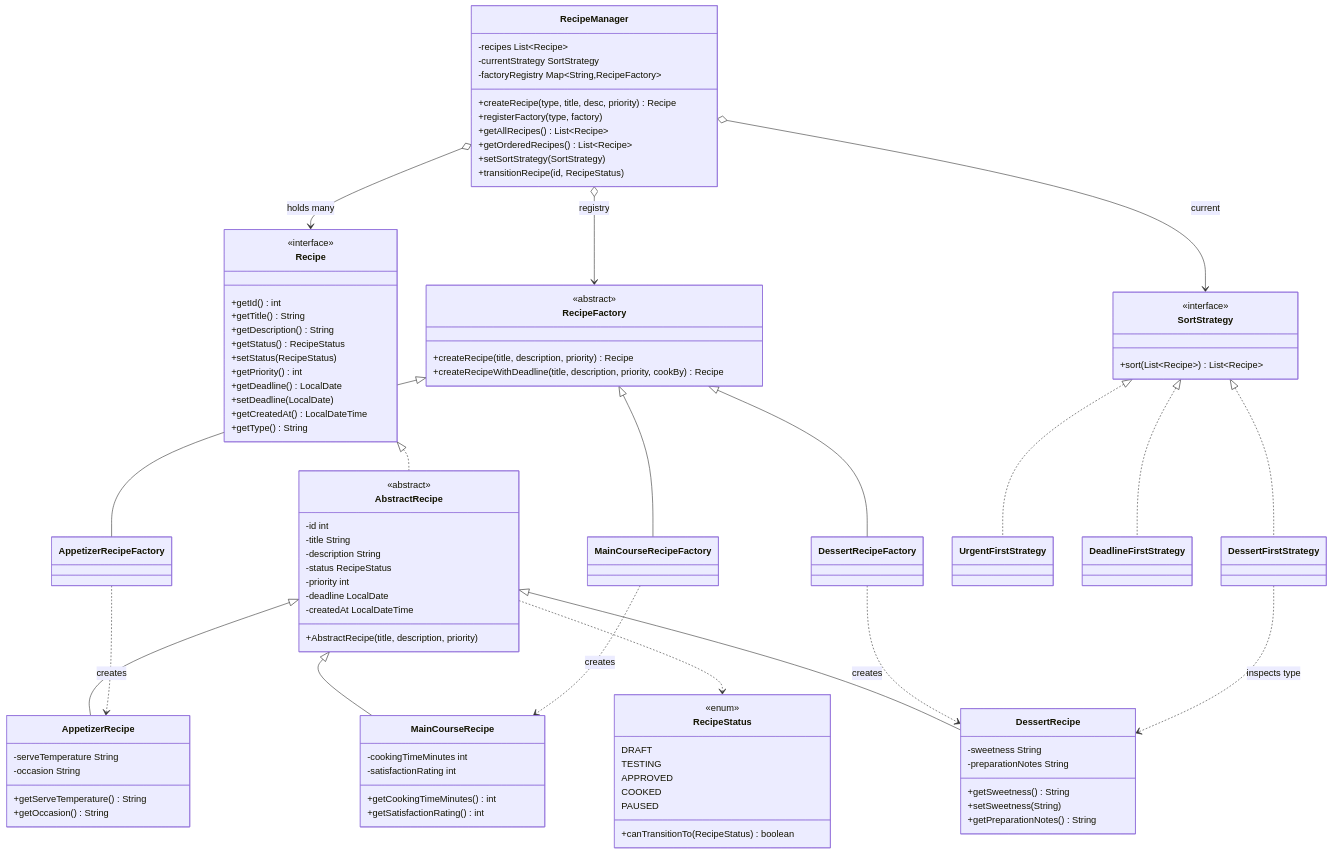
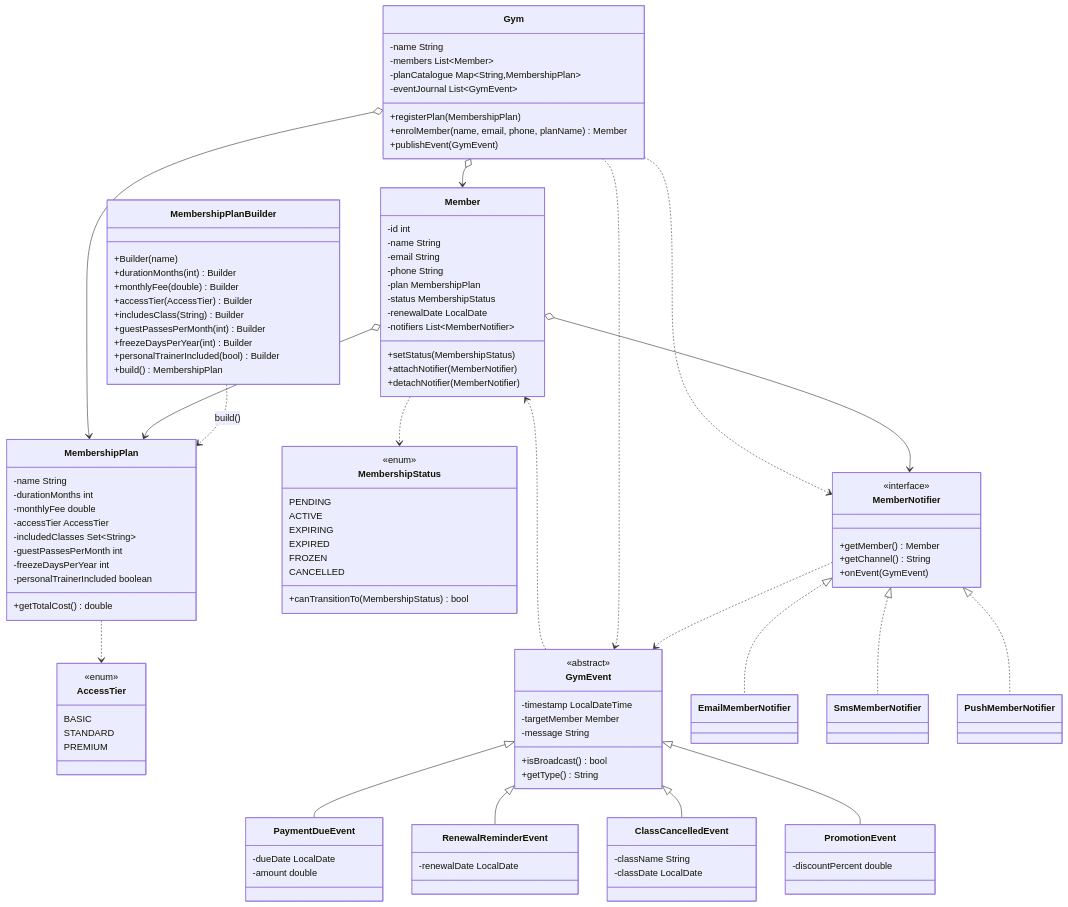
One commit to hoop-ai/gym-membership-management-system changed the diagram in docs/uml/class/class-diagram.md. Above: the diagram before and after it, drawn with Mermaid. The commit also changed other lines of this file and 77 other files, not shown here.

````diff
--- a/docs/uml/class/class-diagram.md
+++ b/docs/uml/class/class-diagram.md
@@ -7,113 +7,129 @@
 ```mermaid
 classDiagram
-    class Recipe {
-        <<interface>>
-        +getId() int
-        +getTitle() String
-        +getDescription() String
-        +getStatus() RecipeStatus
-        +setStatus(RecipeStatus)
-        +getPriority() int
-        +getDeadline() LocalDate
-        +setDeadline(LocalDate)
-        +getCreatedAt() LocalDateTime
+    class MembershipPlan {
+        -name String
+        -durationMonths int
+        -monthlyFee double
+        -accessTier AccessTier
+        -includedClasses Set~String~
+        -guestPassesPerMonth int
+        -freezeDaysPerYear int
+        -personalTrainerIncluded boolean
+        +getTotalCost() double
+    }
+
+    class MembershipPlanBuilder {
+        +Builder(name)
+        +durationMonths(int) Builder
+        +monthlyFee(double) Builder
+        +accessTier(AccessTier) Builder
+        +includesClass(String) Builder
+        +guestPassesPerMonth(int) Builder
+        +freezeDaysPerYear(int) Builder
+        +personalTrainerIncluded(bool) Builder
+        +build() MembershipPlan
+    }
+
+    class Member {
+        -id int
+        -name String
+        -email String
+        -phone String
+        -plan MembershipPlan
+        -status MembershipStatus
+        -renewalDate LocalDate
+        -notifiers List~MemberNotifier~
+        +setStatus(MembershipStatus)
+        +attachNotifier(MemberNotifier)
+        +detachNotifier(MemberNotifier)
+    }
+
+    class MembershipStatus {
+        <<enum>>
+        PENDING
+        ACTIVE
+        EXPIRING
+        EXPIRED
+        FROZEN
+        CANCELLED
+        +canTransitionTo(MembershipStatus) bool
+    }
+
+    class AccessTier {
+        <<enum>>
+        BASIC
+        STANDARD
+        PREMIUM
+    }
+
+    class GymEvent {
+        <<abstract>>
+        -timestamp LocalDateTime
+        -targetMember Member
+        -message String
+        +isBroadcast() bool
         +getType() String
     }
 
-    class AbstractRecipe {
-        <<abstract>>
-        -id int
-        -title String
-        -description String
-        -status RecipeStatus
-        -priority int
-        -deadline LocalDate
-        -createdAt LocalDateTime
-        +AbstractRecipe(title, description, priority)
+    class PaymentDueEvent {
+        -dueDate LocalDate
+        -amount double
     }
 
-    class DessertRecipe {
-        -sweetness String
-        -preparationNotes String
-        +getSweetness() String
-        +setSweetness(String)
-        +getPreparationNotes() String
+    class RenewalReminderEvent {
+        -renewalDate LocalDate
     }
 
-    class MainCourseRecipe {
-        -cookingTimeMinutes int
-        -satisfactionRating int
-        +getCookingTimeMinutes() int
-        +getSatisfactionRating() int
+    class ClassCancelledEvent {
+        -className String
+        -classDate LocalDate
     }
 
-    class AppetizerRecipe {
-        -serveTemperature String
-        -occasion String
-        +getServeTemperature() String
-        +getOccasion() String
+    class PromotionEvent {
+        -discountPercent double
     }
 
-    class RecipeStatus {
-        <<enum>>
-        DRAFT
-        TESTING
-        APPROVED
-        COOKED
-        PAUSED
-        +canTransitionTo(RecipeStatus) boolean
+    class MemberNotifier {
+        <<interface>>
+        +getMember() Member
+        +getChannel() String
+        +onEvent(GymEvent)
     }
 
-    class RecipeFactory {
-        <<abstract>>
-        +createRecipe(title, description, priority) Recipe
-        +createRecipeWithDeadline(title, description, priority, cookBy) Recipe
+    class EmailMemberNotifier
+    class SmsMemberNotifier
+    class PushMemberNotifier
+
+    class Gym {
+        -name String
+        -members List~Member~
+        -planCatalogue Map~String,MembershipPlan~
+        -eventJournal List~GymEvent~
+        +registerPlan(MembershipPlan)
+        +enrolMember(name, email, phone, planName) Member
+        +publishEvent(GymEvent)
     }
 
-    class DessertRecipeFactory
-    class MainCourseRecipeFactory
-    class AppetizerRecipeFactory
+    MembershipPlan ..> AccessTier
+    MembershipPlanBuilder ..> MembershipPlan : build()
 
-    class SortStrategy {
-        <<interface>>
-        +sort(List~Recipe~) List~Recipe~
-    }
+    Member o--> MembershipPlan
+    Member ..> MembershipStatus
+    Member o--> MemberNotifier
 
-    class UrgentFirstStrategy
-    class DeadlineFirstStrategy
-    class DessertFirstStrategy
+    GymEvent <|-- PaymentDueEvent
+    GymEvent <|-- RenewalReminderEvent
+    GymEvent <|-- ClassCancelledEvent
+    GymEvent <|-- PromotionEvent
+    GymEvent ..> Member
 
-    class RecipeManager {
-        -recipes List~Recipe~
-        -currentStrategy SortStrategy
-        -factoryRegistry Map~String,RecipeFactory~
-        +createRecipe(type, title, desc, priority) Recipe
-        +registerFactory(type, factory)
-        +getAllRecipes() List~Recipe~
-        +getOrderedRecipes() List~Recipe~
-        +setSortStrategy(SortStrategy)
-        +transitionRecipe(id, RecipeStatus)
-    }
+    MemberNotifier <|.. EmailMemberNotifier
+    MemberNotifier <|.. SmsMemberNotifier
+    MemberNotifier <|.. PushMemberNotifier
+    MemberNotifier ..> GymEvent
 
-    Recipe <|.. AbstractRecipe
-    AbstractRecipe <|-- DessertRecipe
-    AbstractRecipe <|-- MainCourseRecipe
-    AbstractRecipe <|-- AppetizerRecipe
-    AbstractRecipe ..> RecipeStatus
-
-    RecipeFactory <|-- DessertRecipeFactory
-    RecipeFactory <|-- MainCourseRecipeFactory
-    RecipeFactory <|-- AppetizerRecipeFactory
-    DessertRecipeFactory ..> DessertRecipe : creates
-    MainCourseRecipeFactory ..> MainCourseRecipe : creates
-    AppetizerRecipeFactory ..> AppetizerRecipe : creates
-
-    SortStrategy <|.. UrgentFirstStrategy
-    SortStrategy <|.. DeadlineFirstStrategy
-    SortStrategy <|.. DessertFirstStrategy
-    DessertFirstStrategy ..> DessertRecipe : inspects type
-
-    RecipeManager o--> Recipe : holds many
-    RecipeManager o--> SortStrategy : current
-    RecipeManager o--> RecipeFactory : registry
+    Gym o--> Member
+    Gym o--> MembershipPlan
+    Gym ..> GymEvent
+    Gym ..> MemberNotifier
 ```
````
